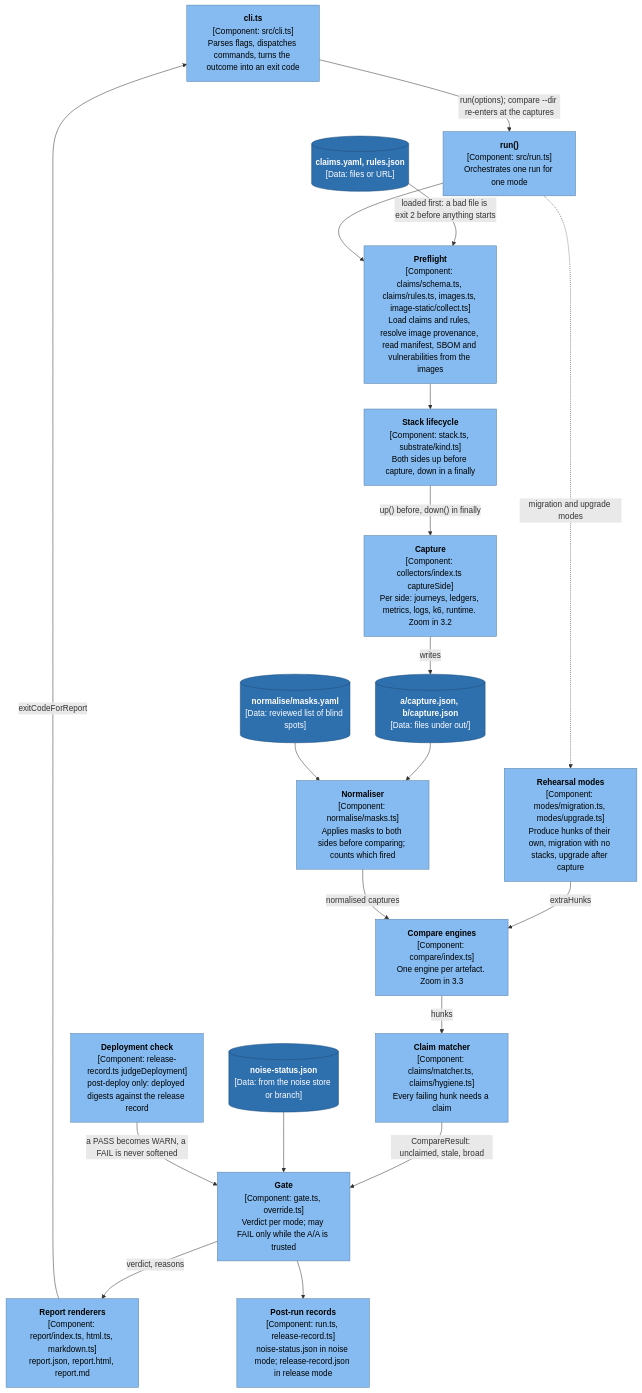
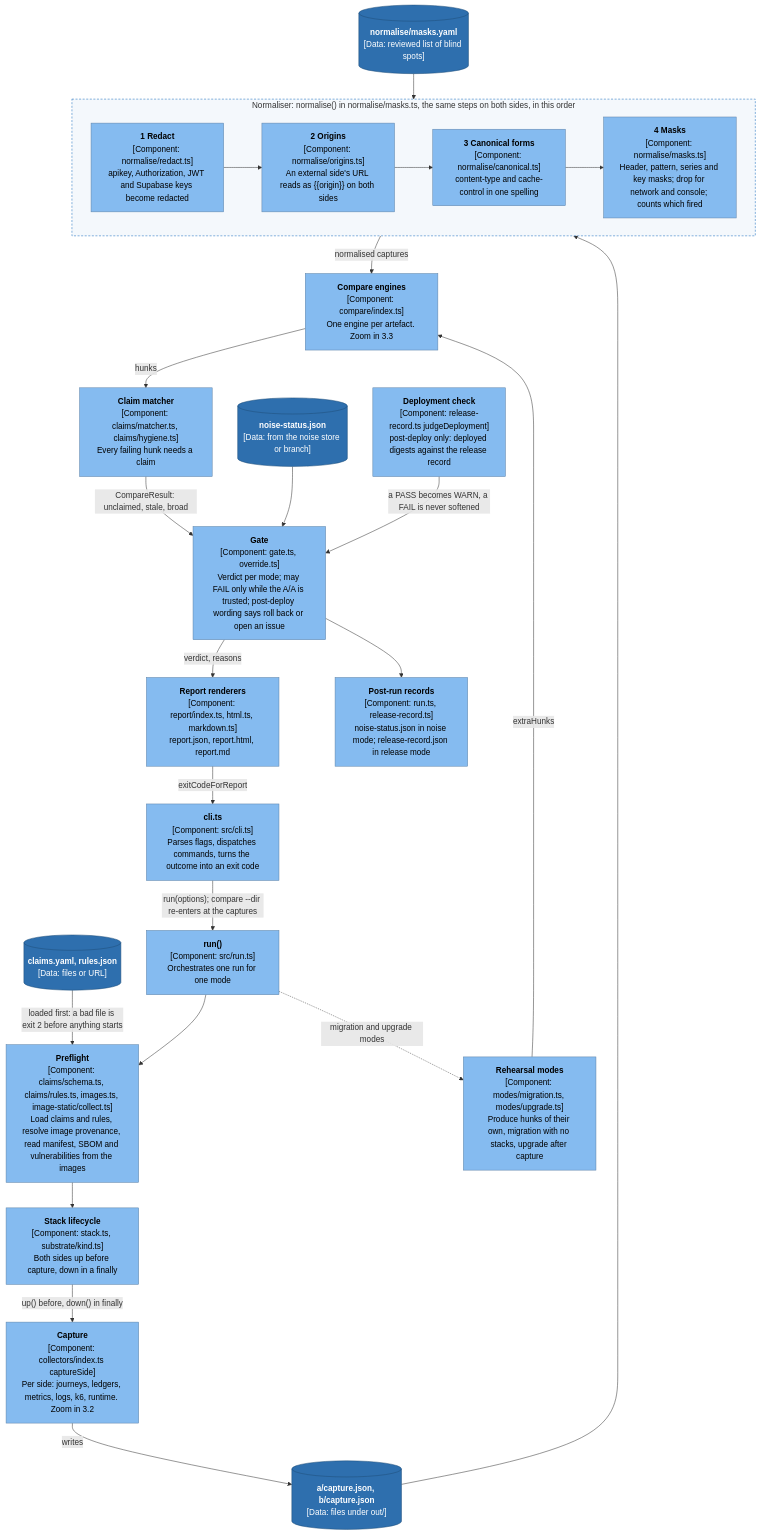
Before and after one commit to tutors-sdk/tutors-release-harness: the first of 5 diagrams in docs/architecture/03-components-pipeline.md, drawn with Mermaid. The commit also changed other lines of this file and 6 other files, not shown here.

First line of the commit message:
Architecture docs: bring the C4 set up to harness 1.4.1 and the merged monorepo work

````diff
--- a/docs/architecture/03-components-pipeline.md
+++ b/docs/architecture/03-components-pipeline.md
@@ -20,42 +19,52 @@
 ```mermaid
 flowchart TB
   clits["<b>cli.ts</b><br/>[Component: src/cli.ts]<br/>Parses flags, dispatches commands, turns the outcome into an exit code"]:::component
   run["<b>run()</b><br/>[Component: src/run.ts]<br/>Orchestrates one run for one mode"]:::component
   claimsfile[("<b>claims.yaml, rules.json</b><br/>[Data: files or URL]")]:::store
   preflight["<b>Preflight</b><br/>[Component: claims/schema.ts, claims/rules.ts, images.ts, image-static/collect.ts]<br/>Load claims and rules, resolve image provenance, read manifest, SBOM and vulnerabilities from the images"]:::component
   stack["<b>Stack lifecycle</b><br/>[Component: stack.ts, substrate/kind.ts]<br/>Both sides up before capture, down in a finally"]:::component
   capture["<b>Capture</b><br/>[Component: collectors/index.ts captureSide]<br/>Per side: journeys, ledgers, metrics, logs, k6, runtime. Zoom in 3.2"]:::component
   rehearse["<b>Rehearsal modes</b><br/>[Component: modes/migration.ts, modes/upgrade.ts]<br/>Produce hunks of their own, migration with no stacks, upgrade after capture"]:::component
   captures[("<b>a/capture.json, b/capture.json</b><br/>[Data: files under out/]")]:::store
   masks[("<b>normalise/masks.yaml</b><br/>[Data: reviewed list of blind spots]")]:::store
-  norm["<b>Normaliser</b><br/>[Component: normalise/masks.ts]<br/>Applies masks to both sides before comparing; counts which fired"]:::component
+  subgraph normg["Normaliser: normalise() in normalise/masks.ts, the same steps on both sides, in this order"]
+    direction LR
+    red["<b>1 Redact</b><br/>[Component: normalise/redact.ts]<br/>apikey, Authorization, JWT and Supabase keys become redacted"]:::component
+    org["<b>2 Origins</b><br/>[Component: normalise/origins.ts]<br/>An external side's URL reads as {{origin}} on both sides"]:::component
+    can["<b>3 Canonical forms</b><br/>[Component: normalise/canonical.ts]<br/>content-type and cache-control in one spelling"]:::component
+    msk["<b>4 Masks</b><br/>[Component: normalise/masks.ts]<br/>Header, pattern, series and key masks; drop for network and console; counts which fired"]:::component
+  end
   cmp["<b>Compare engines</b><br/>[Component: compare/index.ts]<br/>One engine per artefact. Zoom in 3.3"]:::component
   match["<b>Claim matcher</b><br/>[Component: claims/matcher.ts, claims/hygiene.ts]<br/>Every failing hunk needs a claim"]:::component
   noisefile[("<b>noise-status.json</b><br/>[Data: from the noise store or branch]")]:::store
   depcheck["<b>Deployment check</b><br/>[Component: release-record.ts judgeDeployment]<br/>post-deploy only: deployed digests against the release record"]:::component
-  gate["<b>Gate</b><br/>[Component: gate.ts, override.ts]<br/>Verdict per mode; may FAIL only while the A/A is trusted"]:::component
+  gate["<b>Gate</b><br/>[Component: gate.ts, override.ts]<br/>Verdict per mode; may FAIL only while the A/A is trusted; post-deploy wording says roll back or open an issue"]:::component
   reports["<b>Report renderers</b><br/>[Component: report/index.ts, html.ts, markdown.ts]<br/>report.json, report.html, report.md"]:::component
   records["<b>Post-run records</b><br/>[Component: run.ts, release-record.ts]<br/>noise-status.json in noise mode; release-record.json in release mode"]:::component
 
   clits -->|"run(options); compare --dir re-enters at the captures"| run
   claimsfile -->|"loaded first: a bad file is exit 2 before anything starts"| preflight
   run --> preflight
   preflight --> stack
   stack -->|"up() before, down() in finally"| capture
   capture -->|"writes"| captures
   run -.->|"migration and upgrade modes"| rehearse
   rehearse -->|"extraHunks"| cmp
-  captures --> norm
-  masks --> norm
-  norm -->|"normalised captures"| cmp
+  captures --> red
+  red --> org
+  org --> can
+  can --> msk
+  masks --> msk
+  msk -->|"normalised captures"| cmp
   cmp -->|"hunks"| match
   match -->|"CompareResult: unclaimed, stale, broad"| gate
   noisefile --> gate
   depcheck -->|"a PASS becomes WARN, a FAIL is never softened"| gate
   gate -->|"verdict, reasons"| reports
   gate --> records
   reports -->|"exitCodeForReport"| clits
 
   classDef component fill:#85bbf0,stroke:#5d82a8,color:#000000
   classDef store fill:#2e6fae,stroke:#1f4d7a,color:#ffffff
+  style normg fill:#f4f8fc,stroke:#1168bd,stroke-dasharray:4 3
 ```
````
